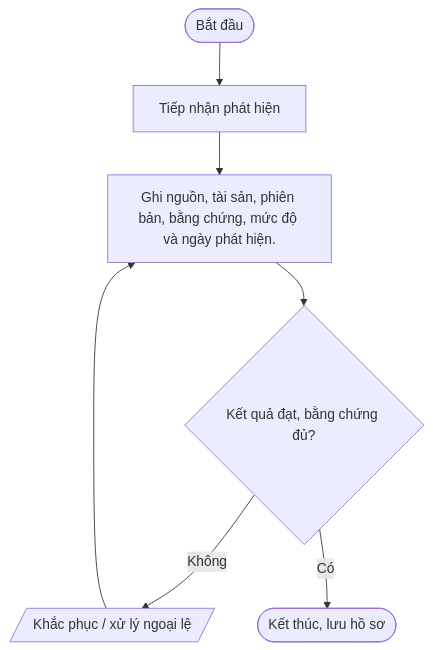
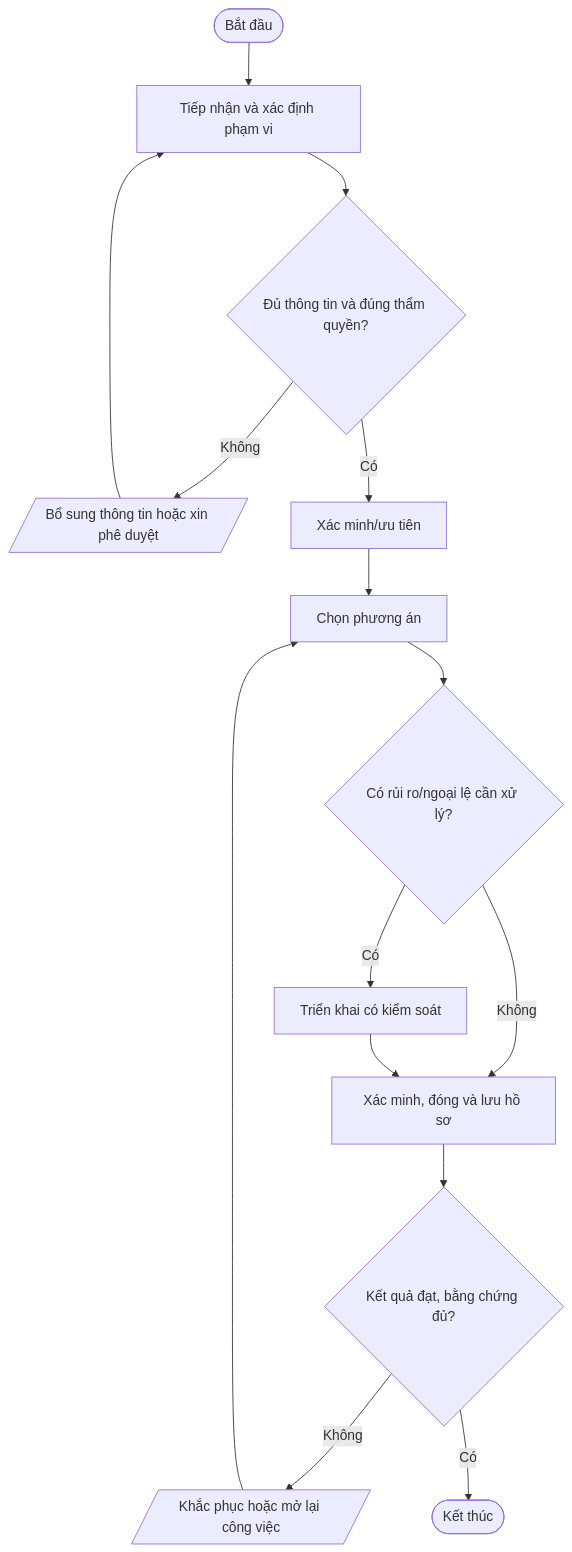
Before and after one commit to daoaigiangnam/Quy_Trinh_Chuan: the seventh of 11 diagrams in quy-trinh/03-An-toan-thong-tin/README.md, drawn with Mermaid. The commit also changed other lines of this file, not shown here.

Commit message:
docs: refine detailed procedure steps and Mermaid flowcharts

````diff
--- a/quy-trinh/03-An-toan-thong-tin/README.md
+++ b/quy-trinh/03-An-toan-thong-tin/README.md
@@ -474,11 +585,17 @@
 ```mermaid
 flowchart TD
-  A([Bắt đầu]) --> S1
-  S1["Tiếp nhận phát hiện"]
-  S2["Ghi nguồn, tài sản, phiên bản, bằng chứng, mức độ và ngày phát hiện."]
-  S1 --> S2
-  S2 --> D2{"Kết quả đạt, bằng chứng đủ?"}
-  D2 -- Không --> REWORK[/"Khắc phục / xử lý ngoại lệ"/]
-  REWORK --> S2
-  D2 -- Có --> Z([Kết thúc, lưu hồ sơ])
+  A([Bắt đầu]) --> S1["Tiếp nhận và xác định phạm vi"]
+  S1 --> D1{"Đủ thông tin và đúng thẩm quyền?"}
+  D1 -- Không --> F1[/"Bổ sung thông tin hoặc xin phê duyệt"/]
+  F1 --> S1
+  D1 -- Có --> S2["Xác minh/ưu tiên"]
+  S2 --> S3["Chọn phương án"]
+  S3 --> D2{"Có rủi ro/ngoại lệ cần xử lý?"}
+  D2 -- Có --> S4["Triển khai có kiểm soát"]
+  D2 -- Không --> S5["Xác minh, đóng và lưu hồ sơ"]
+  S4 --> S5
+  S5 --> D3{"Kết quả đạt, bằng chứng đủ?"}
+  D3 -- Không --> R[/"Khắc phục hoặc mở lại công việc"/]
+  R --> S3
+  D3 -- Có --> Z([Kết thúc])
 ```
````
